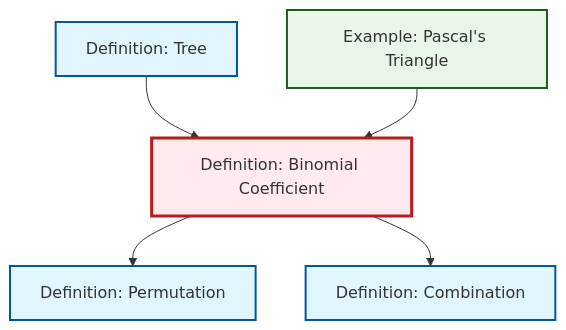
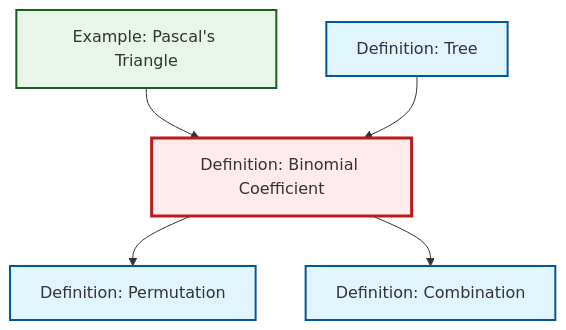
The diagram in content/en/combinatorics/def-binomial-coefficient.qmd (RK0429/ModernMath), drawn with Mermaid before and after one commit. The commit also changed other lines of this file and 474 other files, not shown here.

````diff
--- a/content/en/combinatorics/def-binomial-coefficient.qmd
+++ b/content/en/combinatorics/def-binomial-coefficient.qmd
@@ -63,23 +63,23 @@
 ```{mermaid}
 %%| fig-cap: "Local dependency graph"
 graph TD
     classDef definition fill:#e1f5fe,stroke:#01579b,stroke-width:2px
     classDef theorem fill:#f3e5f5,stroke:#4a148c,stroke-width:2px
     classDef axiom fill:#fff3e0,stroke:#e65100,stroke-width:2px
     classDef example fill:#e8f5e9,stroke:#1b5e20,stroke-width:2px
     classDef current fill:#ffebee,stroke:#b71c1c,stroke-width:3px
-    def-combination["Definition: Combination"]:::definition
     ex-pascals-triangle["Example: Pascal's Triangle"]:::example
     def-permutation["Definition: Permutation"]:::definition
     def-binomial-coefficient["Definition: Binomial Coefficient"]:::definition
+    def-combination["Definition: Combination"]:::definition
     def-tree["Definition: Tree"]:::definition
+    ex-pascals-triangle --> def-binomial-coefficient
+    def-tree --> def-binomial-coefficient
     def-binomial-coefficient --> def-permutation
-    def-tree --> def-binomial-coefficient
-    ex-pascals-triangle --> def-binomial-coefficient
     def-binomial-coefficient --> def-combination
     class def-binomial-coefficient current
-    click def-combination "def-combination.html" "Go to Combination definition"
     click ex-pascals-triangle "ex-pascals-triangle.html" "Go to Pascal's Triangle example"
     click def-permutation "def-permutation.html" "Go to Permutation definition"
+    click def-combination "def-combination.html" "Go to Combination definition"
     click def-tree "def-tree.html" "Go to Tree definition"
 ```
````
